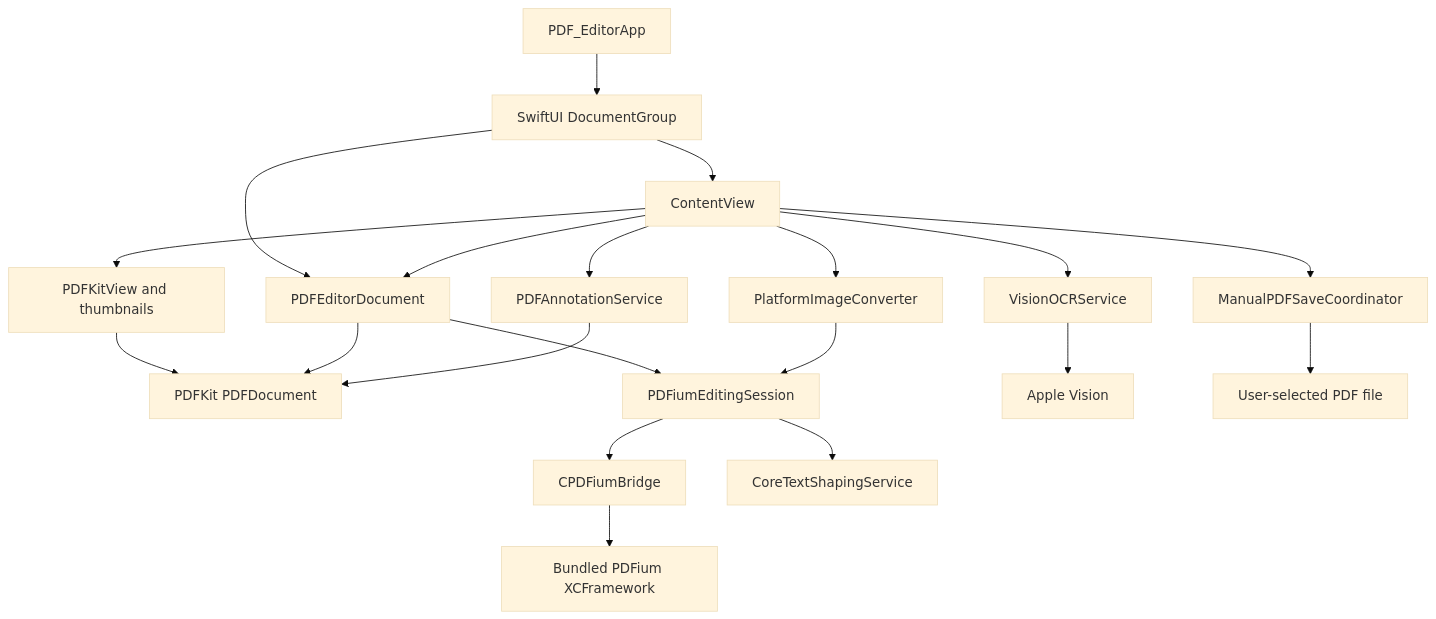
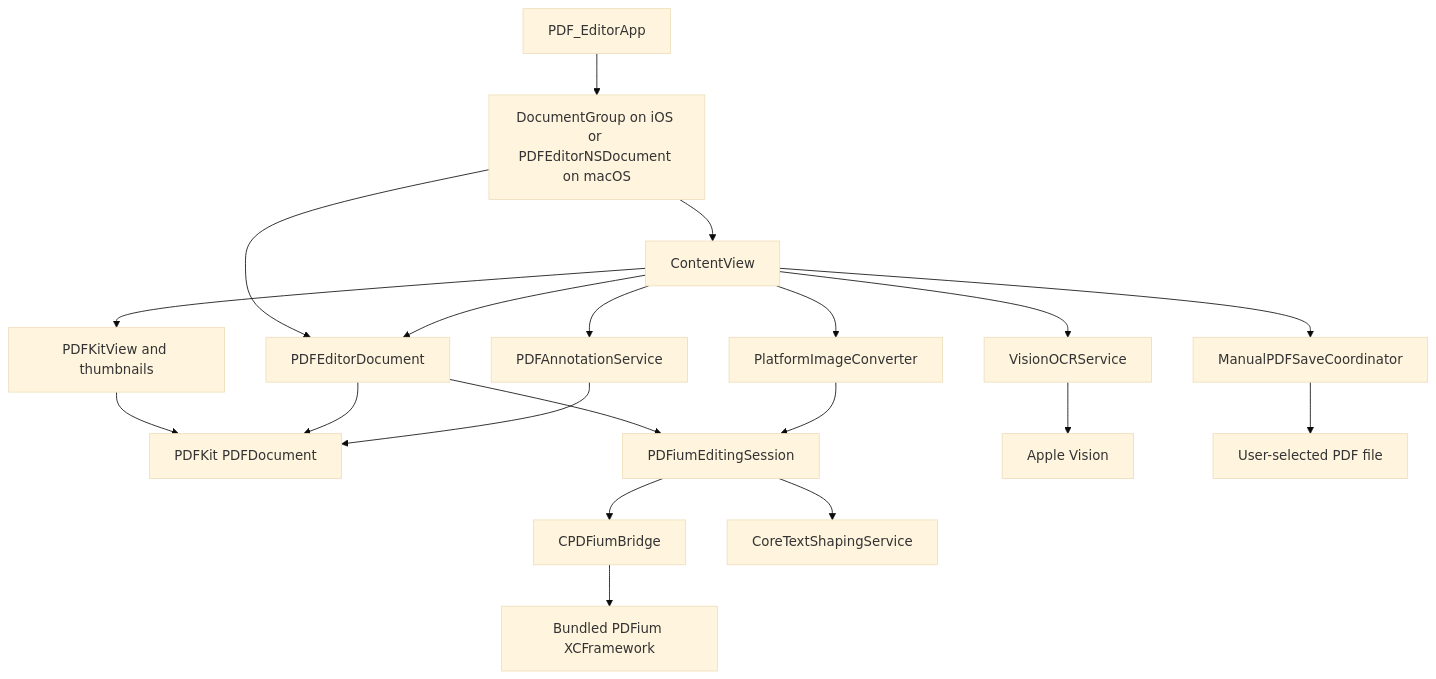
The diagram in TECHNICAL_DOCUMENTATION.md (q7jxb7yxdk-star/pdf-editor), drawn with Mermaid (base theme) before and after one commit. The commit also changed other lines of this file and 12 other files, not shown here.

Commit message:
Integrate native macOS document saving and track AcroForm edits

````diff
--- a/TECHNICAL_DOCUMENTATION.md
+++ b/TECHNICAL_DOCUMENTATION.md
@@ -34,22 +34,22 @@
 ```mermaid
 flowchart TD
-    App[PDF_EditorApp] --> DG[SwiftUI DocumentGroup]
-    DG --> Doc[PDFEditorDocument]
-    DG --> UI[ContentView]
+    App[PDF_EditorApp] --> Host[DocumentGroup on iOS or PDFEditorNSDocument on macOS]
+    Host --> Doc[PDFEditorDocument]
+    Host --> UI[ContentView]
     UI --> Doc
     UI --> View[PDFKitView and thumbnails]
     View --> PDFKitDoc[PDFKit PDFDocument]
     Doc --> Session[PDFiumEditingSession]
     Session --> Bridge[CPDFiumBridge]
     Bridge --> PDFium[Bundled PDFium XCFramework]
     Doc --> PDFKitDoc
     Session --> Shape[CoreTextShapingService]
     UI --> OCR[VisionOCRService]
     OCR --> Vision[Apple Vision]
     UI --> Annotation[PDFAnnotationService]
     Annotation --> PDFKitDoc
     UI --> Image[PlatformImageConverter]
     Image --> Session
     UI --> Save[ManualPDFSaveCoordinator]
     Save --> File[User-selected PDF file]
 ```
````
